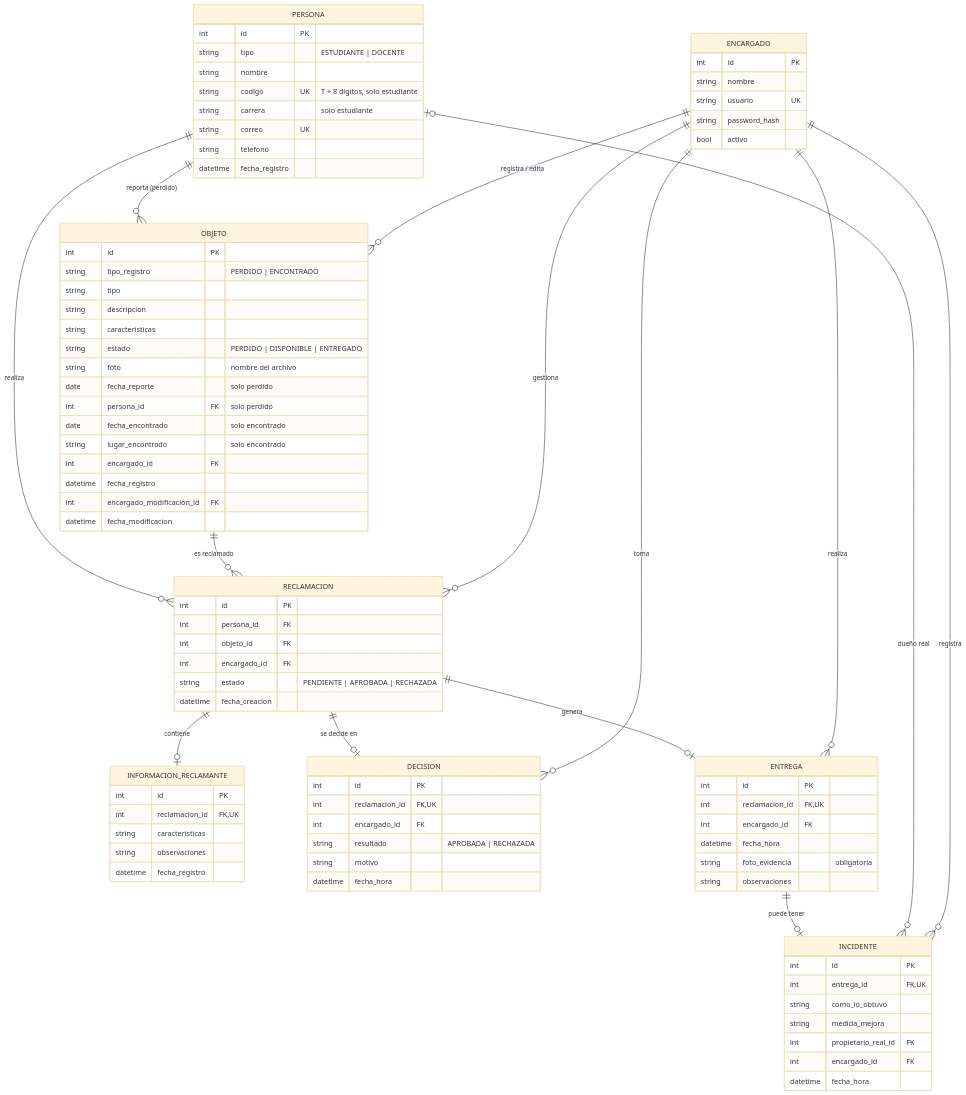
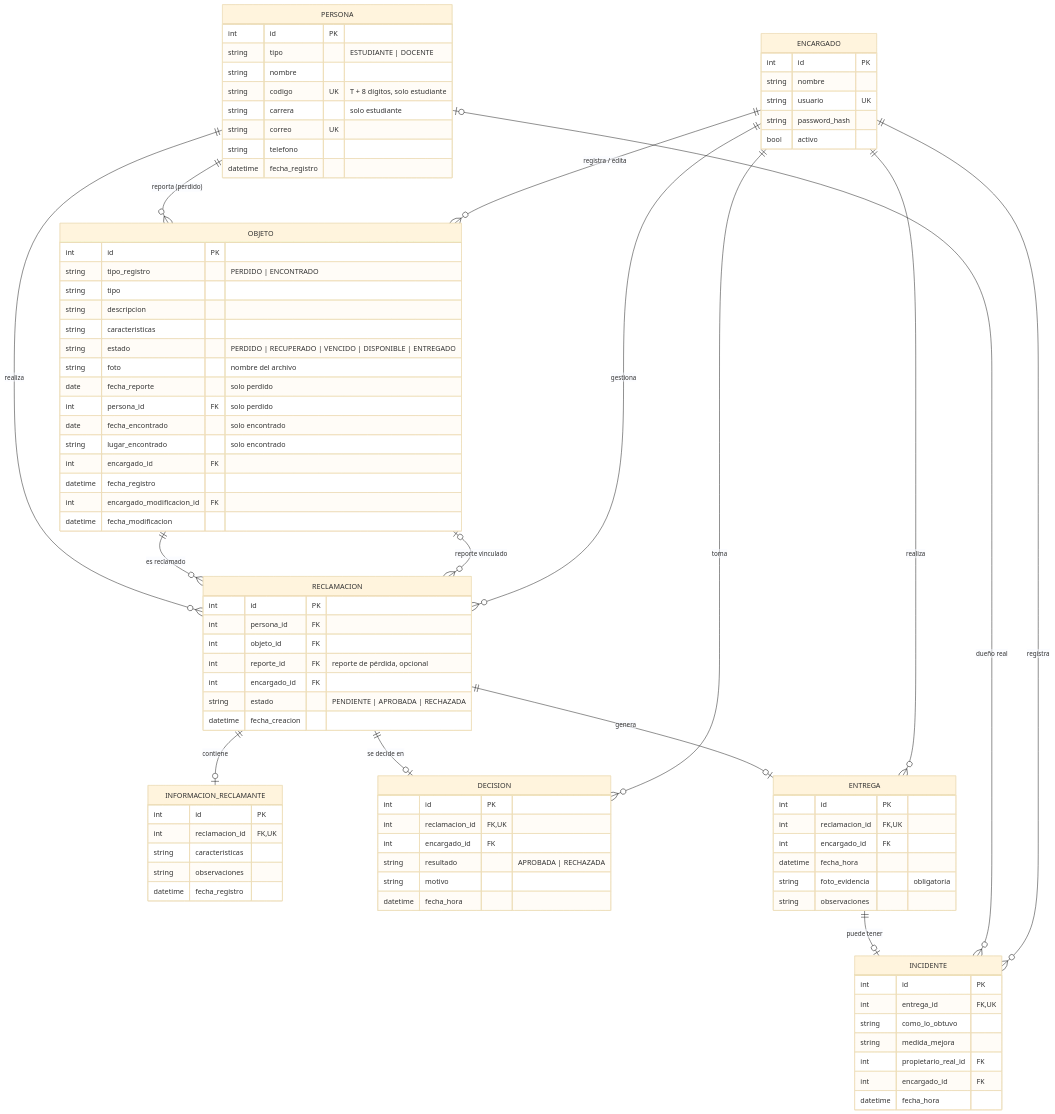
The diagram in docs/modelo-datos.md (sebastian-caicedo/L-F-LostAndFound), drawn with Mermaid (base theme) before and after one commit. The commit also changed other lines of this file and 19 other files, not shown here.

Commit message:
RF27-RF29: reporte vinculado y recuperado, coincidencias inversas y vencimiento de reportes

```diff
--- a/docs/modelo-datos.md
+++ b/docs/modelo-datos.md
@@ -9,6 +9,7 @@
   PERSONA ||--o{ OBJETO : "reporta (perdido)"
   PERSONA ||--o{ RECLAMACION : realiza
   OBJETO ||--o{ RECLAMACION : "es reclamado"
+  OBJETO |o--o{ RECLAMACION : "reporte vinculado"
   ENCARGADO ||--o{ OBJETO : "registra / edita"
   ENCARGADO ||--o{ RECLAMACION : gestiona
   RECLAMACION ||--o| INFORMACION_RECLAMANTE : contiene
@@ -43,7 +44,7 @@
     string tipo
     string descripcion
     string caracteristicas
-    string estado "PERDIDO | DISPONIBLE | ENTREGADO"
+    string estado "PERDIDO | RECUPERADO | VENCIDO | DISPONIBLE | ENTREGADO"
     string foto "nombre del archivo"
     date fecha_reporte "solo perdido"
     int persona_id FK "solo perdido"
@@ -58,6 +59,7 @@
     int id PK
     int persona_id FK
     int objeto_id FK
+    int reporte_id FK "reporte de pérdida, opcional"
     int encargado_id FK
     string estado "PENDIENTE | APROBADA | RECHAZADA"
     datetime fecha_creacion
```
